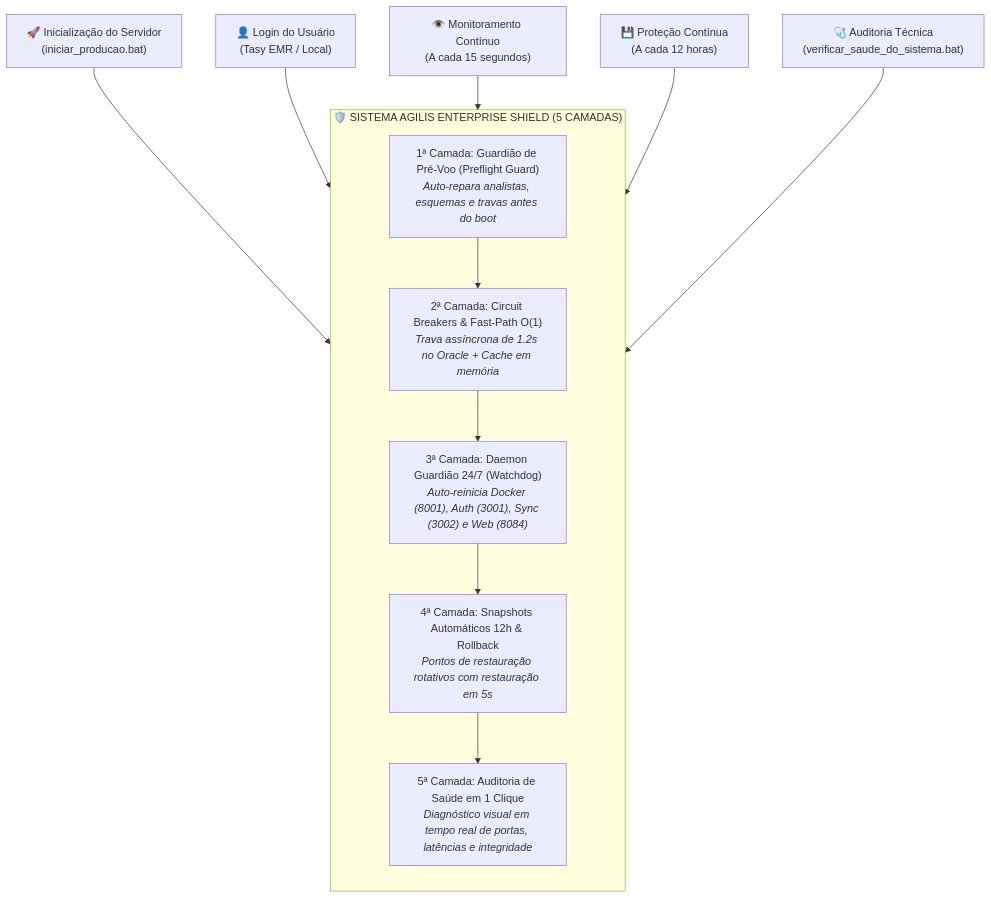
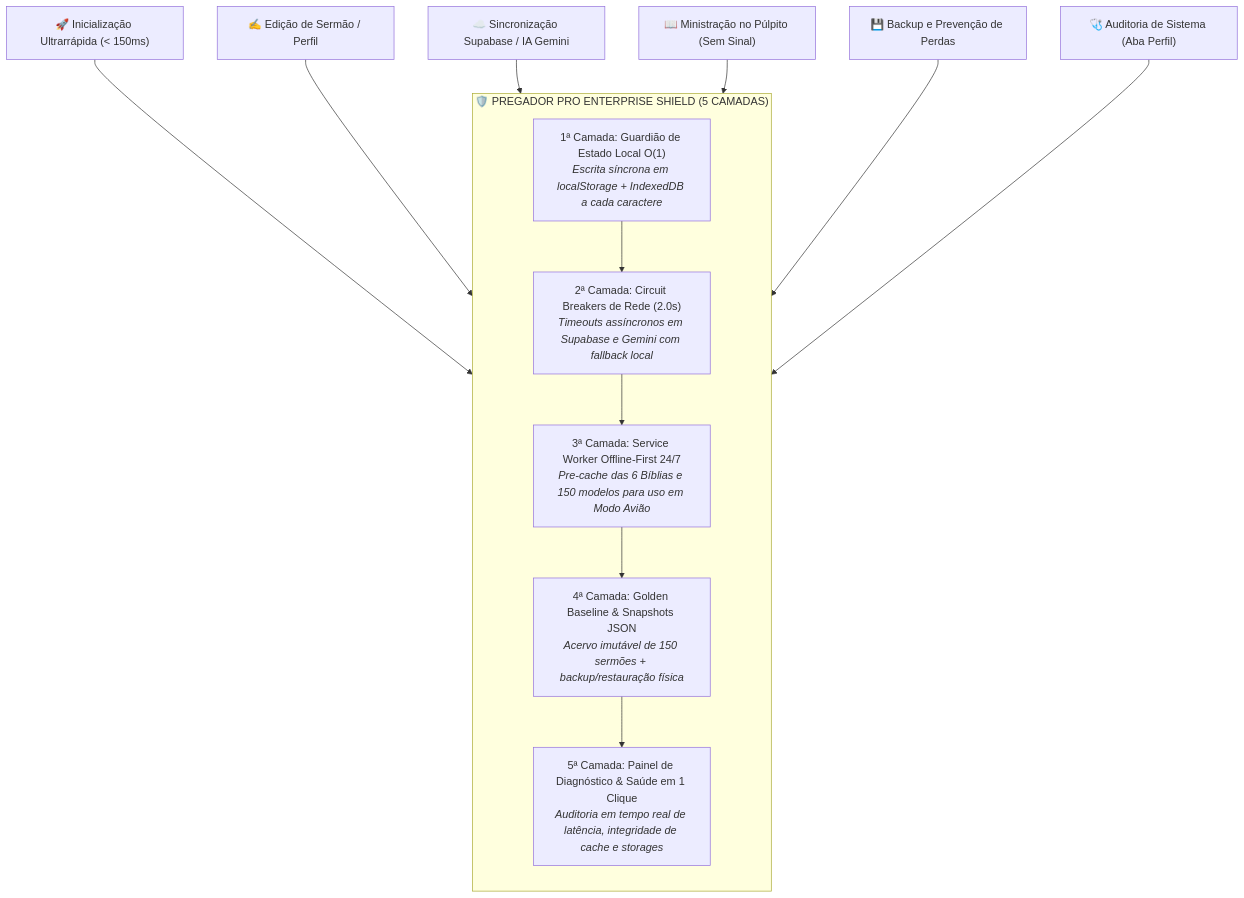
One commit to AmaralCarlosLuiz/App_Pregador changed the diagram in DOCs/ARQUITETURA_DE_BLINDAGEM_SENIOR_ALTA_DISPONIBILIDADE.md. Above: the diagram before and after it, drawn with Mermaid. The commit also changed other lines of this file and 5 other files, not shown here.

````diff
--- a/DOCs/ARQUITETURA_DE_BLINDAGEM_SENIOR_ALTA_DISPONIBILIDADE.md
+++ b/DOCs/ARQUITETURA_DE_BLINDAGEM_SENIOR_ALTA_DISPONIBILIDADE.md
@@ -23,24 +21,25 @@
 ```mermaid
 flowchart TD
-    subgraph SRE_SHIELD ["🛡️ SISTEMA AGILIS ENTERPRISE SHIELD (5 CAMADAS)"]
+    subgraph SHIELD ["🛡️ PREGADOR PRO ENTERPRISE SHIELD (5 CAMADAS)"]
         direction TB
         
-        C1["1ª Camada: Guardião de Pré-Voo (Preflight Guard)<br/><i>Auto-repara analistas, esquemas e travas antes do boot</i>"]
+        C1["1ª Camada: Guardião de Estado Local O(1)<br/><i>Escrita síncrona em localStorage + IndexedDB a cada caractere</i>"]
         
-        C2["2ª Camada: Circuit Breakers & Fast-Path O(1)<br/><i>Trava assíncrona de 1.2s no Oracle + Cache em memória</i>"]
+        C2["2ª Camada: Circuit Breakers de Rede (2.0s)<br/><i>Timeouts assíncronos em Supabase e Gemini com fallback local</i>"]
         
-        C3["3ª Camada: Daemon Guardião 24/7 (Watchdog)<br/><i>Auto-reinicia Docker (8001), Auth (3001), Sync (3002) e Web (8084)</i>"]
+        C3["3ª Camada: Service Worker Offline-First 24/7<br/><i>Pre-cache das 6 Bíblias e 150 modelos para uso em Modo Avião</i>"]
         
-        C4["4ª Camada: Snapshots Automáticos 12h & Rollback<br/><i>Pontos de restauração rotativos com restauração em 5s</i>"]
+        C4["4ª Camada: Golden Baseline & Snapshots JSON<br/><i>Acervo imutável de 150 sermões + backup/restauração física</i>"]
         
-        C5["5ª Camada: Auditoria de Saúde em 1 Clique<br/><i>Diagnóstico visual em tempo real de portas, latências e integridade</i>"]
+        C5["5ª Camada: Painel de Diagnóstico & Saúde em 1 Clique<br/><i>Auditoria em tempo real de latência, integridade de cache e storages</i>"]
         
         C1 --> C2 --> C3 --> C4 --> C5
     end
 
-    Boot["🚀 Inicialização do Servidor<br/>(iniciar_producao.bat)"] --> C1
-    UserLogin["👤 Login do Usuário<br/>(Tasy EMR / Local)"] --> C2
-    ServiceMonitoring["👁️ Monitoramento Contínuo<br/>(A cada 15 segundos)"] --> C3
-    DataProtection["💾 Proteção Contínua<br/>(A cada 12 horas)"] --> C4
-    TechAudit["🩺 Auditoria Técnica<br/>(verificar_saude_do_sistema.bat)"] --> C5
+    Boot["🚀 Inicialização Ultrarrápida (< 150ms)"] --> C1
+    UserAction["✍️ Edição de Sermão / Perfil"] --> C1
+    CloudSync["☁️ Sincronização Supabase / IA Gemini"] --> C2
+    PulpitMode["📖 Ministração no Púlpito (Sem Sinal)"] --> C3
+    DataSafety["💾 Backup e Prevenção de Perdas"] --> C4
+    HealthAudit["🩺 Auditoria de Sistema (Aba Perfil)"] --> C5
 ```
````
